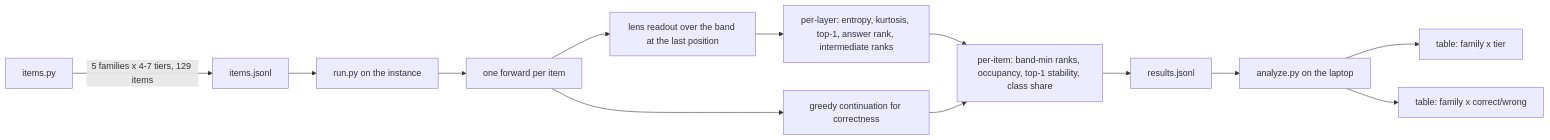
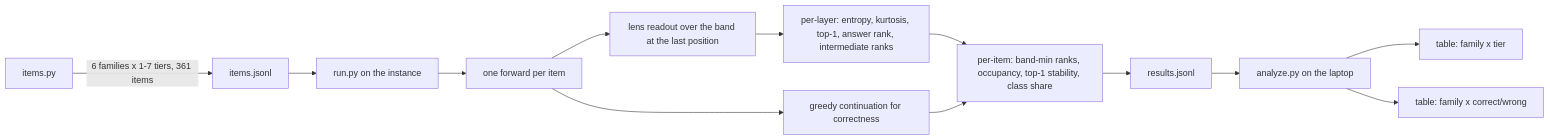
The fourth of 5 diagrams in ARCHITECTURE.md (Nathan2589/jacobian-lens), drawn with Mermaid before and after one commit. The commit also changed other lines of this file and 7 other files, not shown here.

````diff
--- a/ARCHITECTURE.md
+++ b/ARCHITECTURE.md
@@ -177,15 +177,15 @@
 ```mermaid
 flowchart LR
-    I["items.py"] -->|"5 families x 4-7 tiers, 129 items"| IJ["items.jsonl"]
+    I["items.py"] -->|"6 families x 1-7 tiers, 361 items"| IJ["items.jsonl"]
     IJ --> R["run.py on the instance"]
     R --> M["one forward per item"]
     M --> L["lens readout over the band at the last position"]
     M --> G["greedy continuation for correctness"]
     L --> X["per-layer: entropy, kurtosis, top-1, answer rank, intermediate ranks"]
     X --> Y["per-item: band-min ranks, occupancy, top-1 stability, class share"]
     G --> Y
     Y --> RJ["results.jsonl"]
     RJ --> A["analyze.py on the laptop"]
     A --> T1["table: family x tier"]
     A --> T2["table: family x correct/wrong"]
 ```
````
